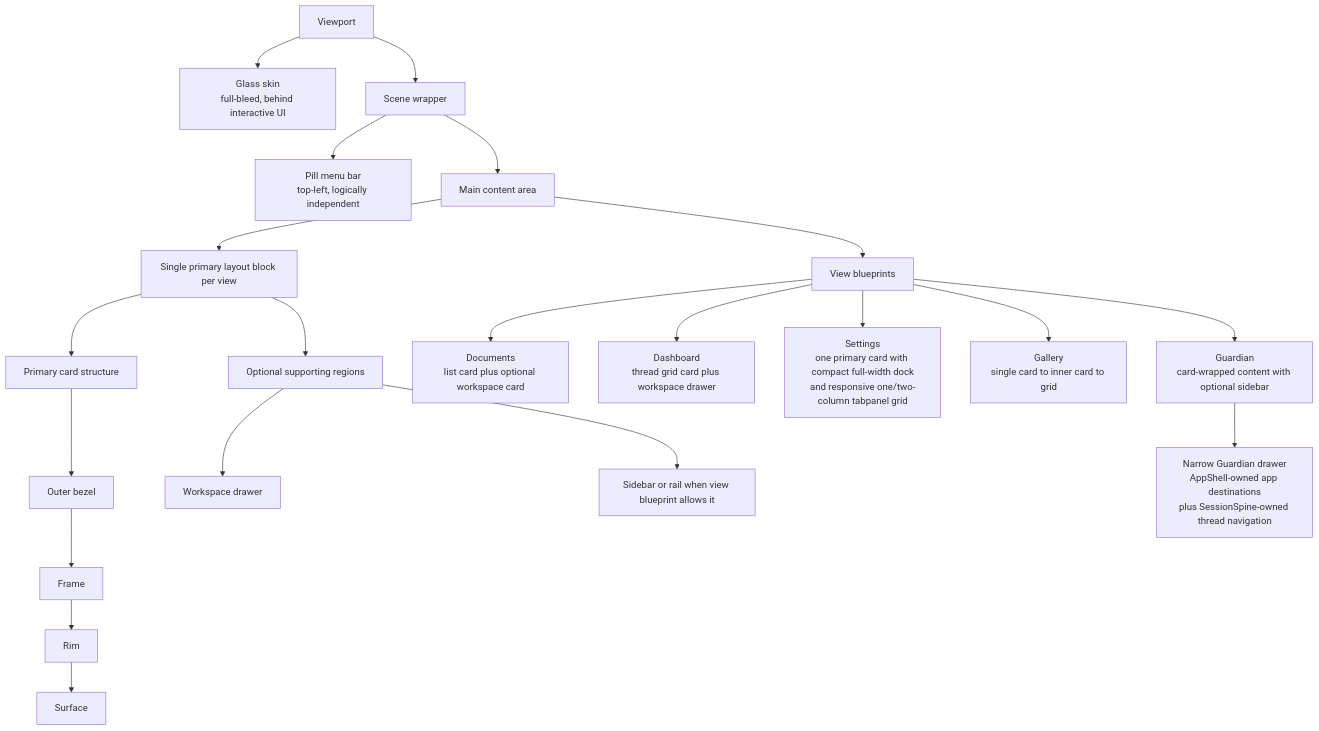
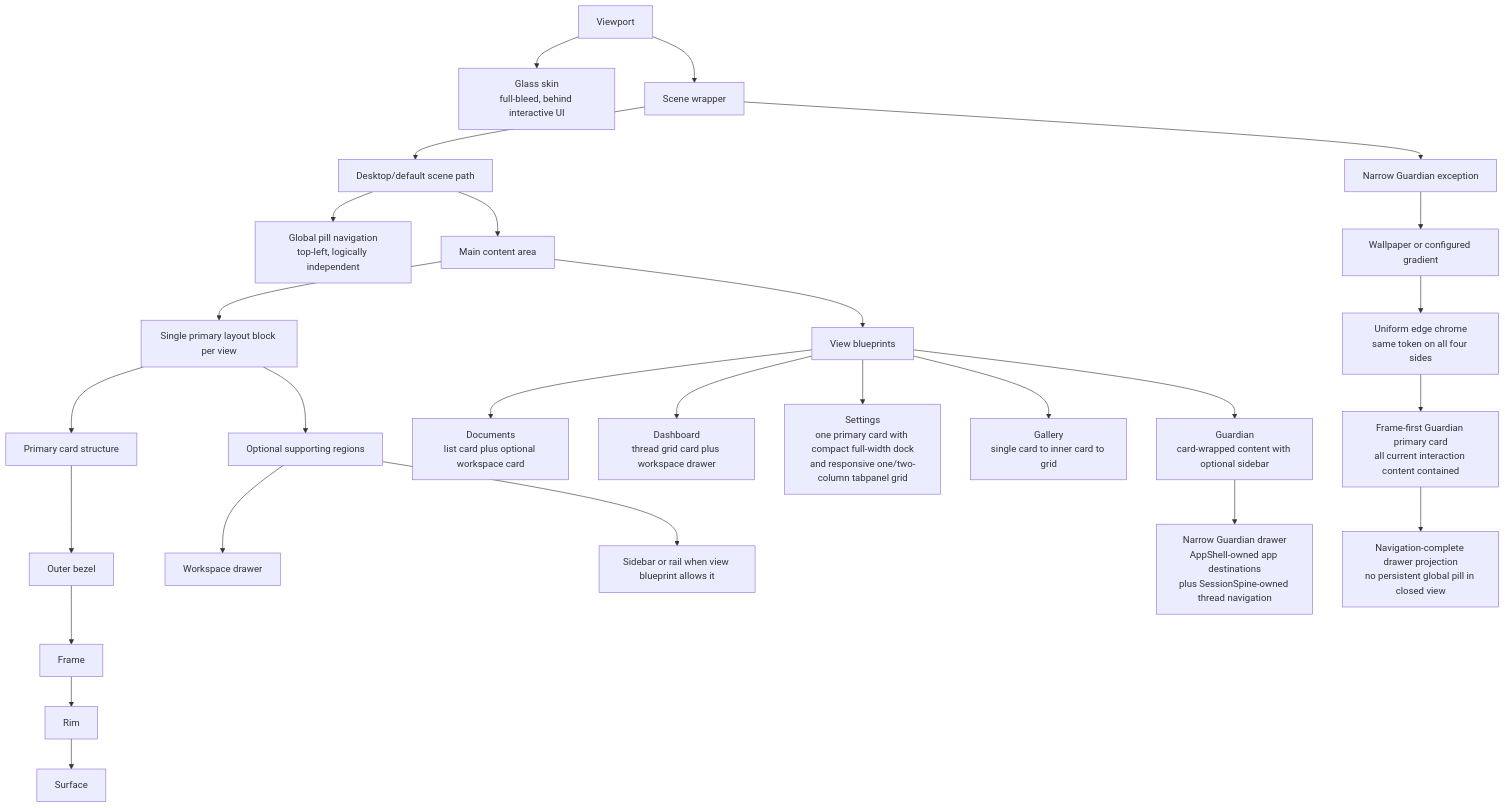
One commit to Resonant-Jones/Codexify changed the second of 4 diagrams in docs/architecture/ui-diagrams-v1.md. Above: the diagram before and after it, drawn with Mermaid. The commit also changed other lines of this file and 7 other files, not shown here.

Commit message:
Establish Guardian frame-first mobile shell

````diff
--- a/docs/architecture/ui-diagrams-v1.md
+++ b/docs/architecture/ui-diagrams-v1.md
@@ -69,23 +69,29 @@
 ```mermaid
 flowchart TD
     A["Viewport"] --> B["Glass skin<br/>full-bleed, behind interactive UI"]
     A --> C["Scene wrapper"]
-    C --> D["Pill menu bar<br/>top-left, logically independent"]
-    C --> E["Main content area"]
+    C --> D["Desktop/default scene path"]
+    D --> D1["Global pill navigation<br/>top-left, logically independent"]
+    D --> E["Main content area"]
     E --> F["Single primary layout block per view"]
     F --> G["Primary card structure"]
     G --> H["Outer bezel"]
     H --> I["Frame"]
     I --> J["Rim"]
     J --> K["Surface"]
     F --> L["Optional supporting regions"]
     L --> M["Workspace drawer"]
     L --> N["Sidebar or rail when view blueprint allows it"]
     E --> O["View blueprints"]
     O --> P["Documents<br/>list card plus optional workspace card"]
     O --> Q["Dashboard<br/>thread grid card plus workspace drawer"]
     O --> R["Settings<br/>one primary card with compact full-width dock<br/>and responsive one/two-column tabpanel grid"]
     O --> S["Gallery<br/>single card to inner card to grid"]
     O --> T["Guardian<br/>card-wrapped content with optional sidebar"]
     T --> U["Narrow Guardian drawer<br/>AppShell-owned app destinations<br/>plus SessionSpine-owned thread navigation"]
+    C --> V["Narrow Guardian exception"]
+    V --> W["Wallpaper or configured gradient"]
+    W --> X["Uniform edge chrome<br/>same token on all four sides"]
+    X --> Y["Frame-first Guardian primary card<br/>all current interaction content contained"]
+    Y --> Z["Navigation-complete drawer projection<br/>no persistent global pill in closed view"]
 ```
````
